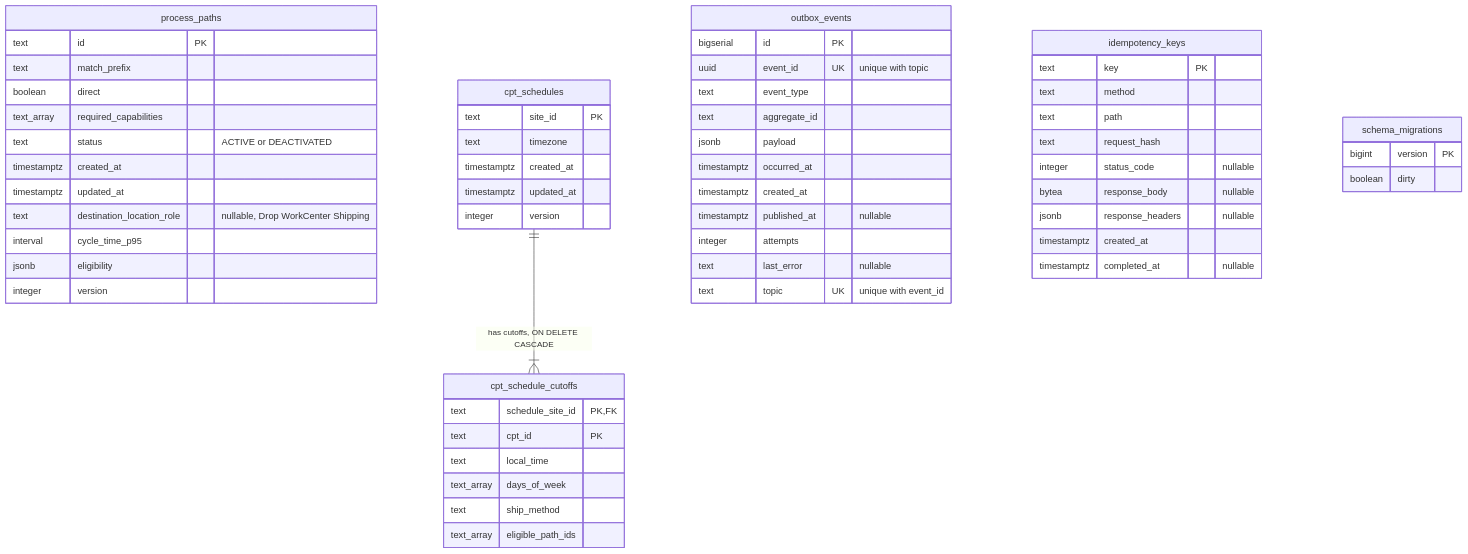
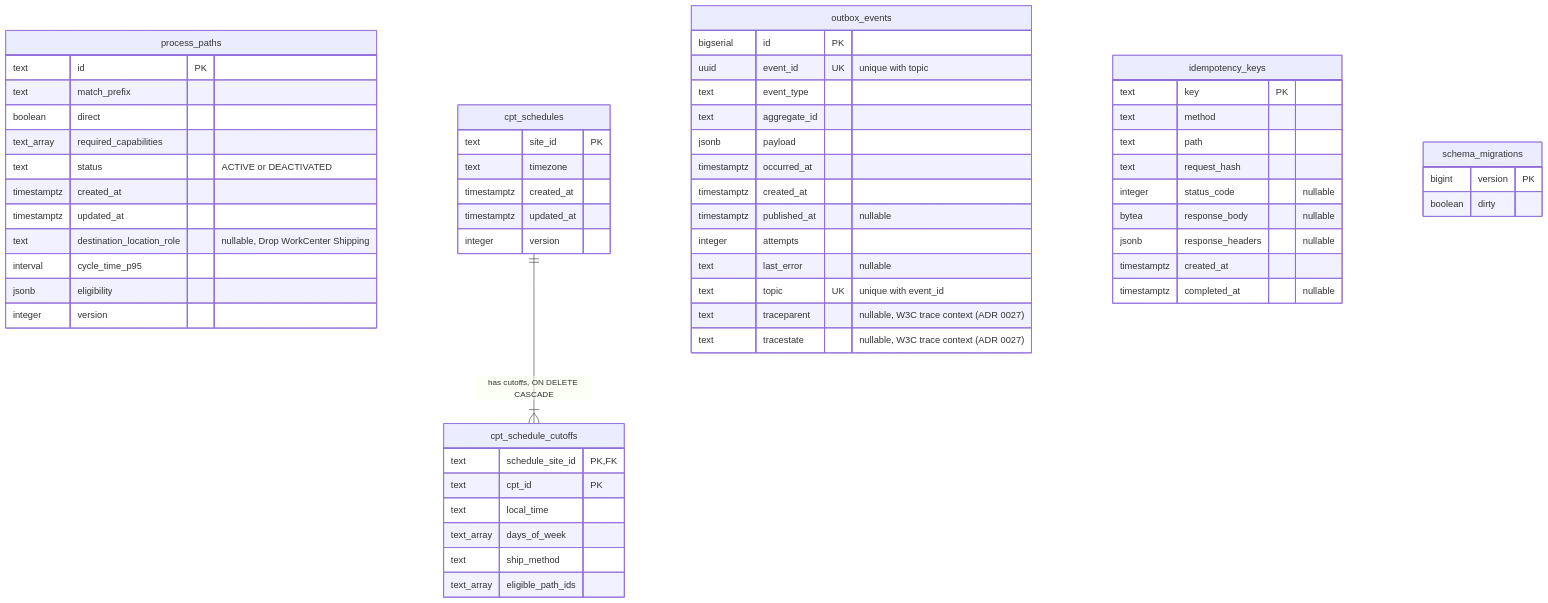
Before and after one commit to IQVO/warehouse-docs: the first of 2 diagrams in docs/contexts/process-path-management/entity-relationship.md, drawn with Mermaid. The commit also changed other lines of this file and 107 other files, not shown here.

````diff
--- a/docs/contexts/process-path-management/entity-relationship.md
+++ b/docs/contexts/process-path-management/entity-relationship.md
@@ -25,66 +25,68 @@
 ```mermaid
 erDiagram
     process_paths {
         text id PK
         text match_prefix
         boolean direct
         text_array required_capabilities
         text status "ACTIVE or DEACTIVATED"
         timestamptz created_at
         timestamptz updated_at
         text destination_location_role "nullable, Drop WorkCenter Shipping"
         interval cycle_time_p95
         jsonb eligibility
         integer version
     }
 
     cpt_schedules {
         text site_id PK
         text timezone
         timestamptz created_at
         timestamptz updated_at
         integer version
     }
 
     cpt_schedule_cutoffs {
         text schedule_site_id PK,FK
         text cpt_id PK
         text local_time
         text_array days_of_week
         text ship_method
         text_array eligible_path_ids
     }
 
     outbox_events {
         bigserial id PK
         uuid event_id UK "unique with topic"
         text event_type
         text aggregate_id
         jsonb payload
         timestamptz occurred_at
         timestamptz created_at
         timestamptz published_at "nullable"
         integer attempts
         text last_error "nullable"
         text topic UK "unique with event_id"
+        text traceparent "nullable, W3C trace context (ADR 0027)"
+        text tracestate "nullable, W3C trace context (ADR 0027)"
     }
 
     idempotency_keys {
         text key PK
         text method
         text path
         text request_hash
         integer status_code "nullable"
         bytea response_body "nullable"
         jsonb response_headers "nullable"
         timestamptz created_at
         timestamptz completed_at "nullable"
     }
 
     schema_migrations {
         bigint version PK
         boolean dirty
     }
 
     cpt_schedules ||--|{ cpt_schedule_cutoffs : "has cutoffs, ON DELETE CASCADE"
 ```
````
